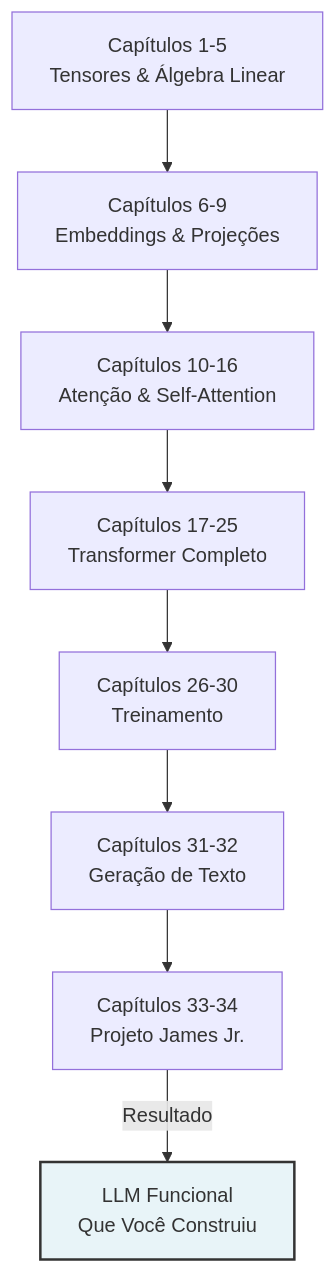
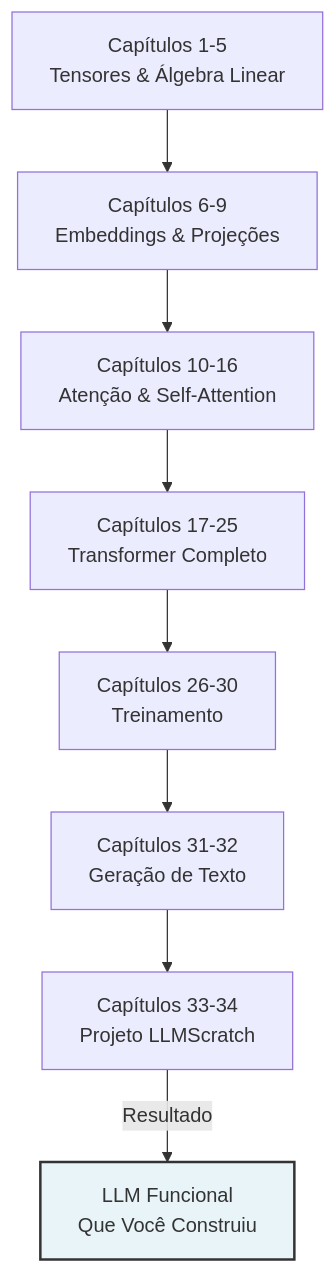
Before and after one commit to theguitarvity/llm-from-scratch-book: the second of 2 diagrams in chapters/01_introducao_e_motivacao.md, drawn with Mermaid. The commit also changed 8 other files, not shown here.

Commit message:
refactor: Replace all 'James Jr' references with 'LLMScratch'

````diff
--- a/chapters/01_introducao_e_motivacao.md
+++ b/chapters/01_introducao_e_motivacao.md
@@ -119,21 +119,21 @@
 ```mermaid
 graph TD
     A["Capítulos 1-5<br/>Tensores & Álgebra Linear"]
     B["Capítulos 6-9<br/>Embeddings & Projeções"]
     C["Capítulos 10-16<br/>Atenção & Self-Attention"]
     D["Capítulos 17-25<br/>Transformer Completo"]
     E["Capítulos 26-30<br/>Treinamento"]
     F["Capítulos 31-32<br/>Geração de Texto"]
-    G["Capítulos 33-34<br/>Projeto James Jr."]
+    G["Capítulos 33-34<br/>Projeto LLMScratch"]
     
     A --> B
     B --> C
     C --> D
     D --> E
     E --> F
     F --> G
     
     G -->|Resultado| H["LLM Funcional<br/>Que Você Construiu"]
     
     style H fill:#e8f4f8,stroke:#333,stroke-width:2px
 ```
````
